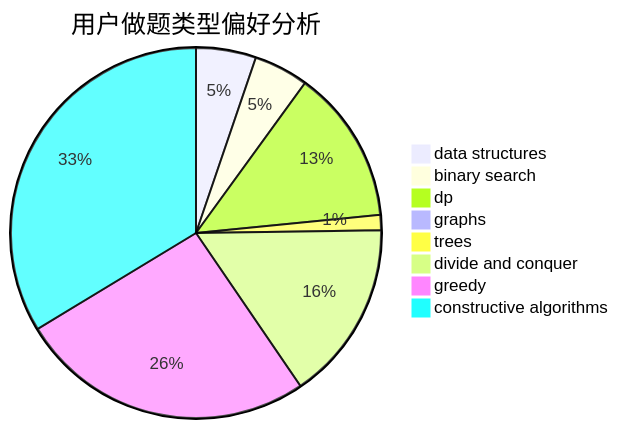
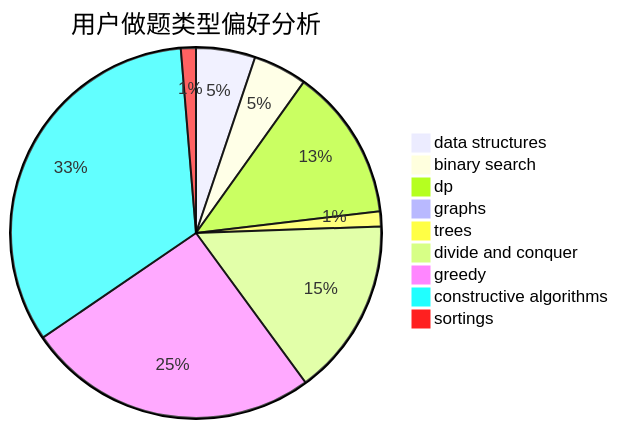
The second of 3 diagrams in docs/user/u236.md (sherpahu/cfrs.github.io), drawn with Mermaid before and after one commit. The commit also changed other lines of this file and 2769 other files, not shown here.

````diff
--- a/docs/user/u236.md
+++ b/docs/user/u236.md
@@ -23,11 +18,12 @@
 ```mermaid
 pie title 用户做题类型偏好分析
     "data structures" :  67
     "binary search" :  61
     "dp" :  172
     "graphs" :  10
     "trees" :  17
     "divide and conquer" :  201
     "greedy" :  331
     "constructive algorithms" :  431
+    "sortings" :  17
 ```
````
